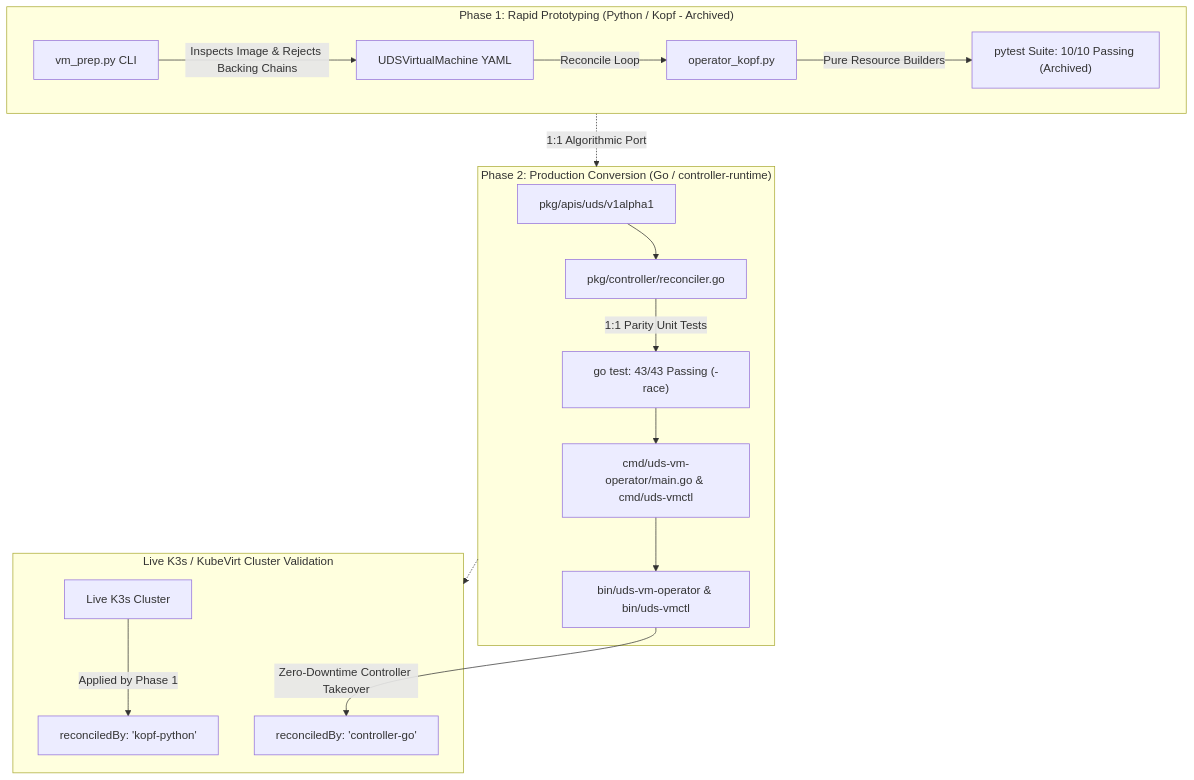
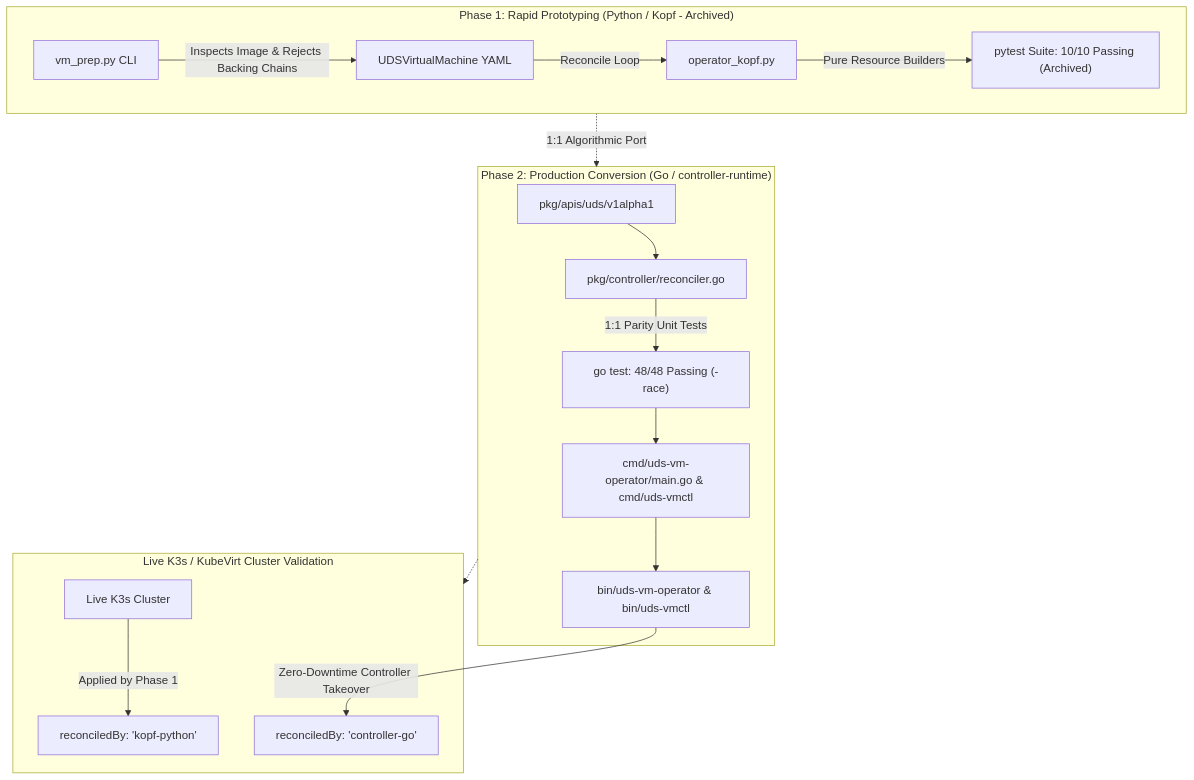
The diagram in README.md (celttechie/uds-vm-operator), drawn with Mermaid before and after one commit. The commit also changed other lines of this file and 3 other files, not shown here.

First line of the commit message:
test: expand unit test coverage for v0.5.0 pool reconciler and API types

````diff
--- a/README.md
+++ b/README.md
@@ -33,23 +33,23 @@
 ```mermaid
 flowchart TD
     subgraph Stage1["Phase 1: Rapid Prototyping (Python / Kopf - Archived)"]
         A[vm_prep.py CLI] -->|Inspects Image & Rejects Backing Chains| B[UDSVirtualMachine YAML]
         B -->|Reconcile Loop| C[operator_kopf.py]
         C -->|Pure Resource Builders| D["pytest Suite: 10/10 Passing (Archived)"]
     end
 
     subgraph Stage2["Phase 2: Production Conversion (Go / controller-runtime)"]
         E[pkg/apis/uds/v1alpha1] --> F[pkg/controller/reconciler.go]
-        F -->|1:1 Parity Unit Tests| G["go test: 43/43 Passing (-race)"]
+        F -->|1:1 Parity Unit Tests| G["go test: 48/48 Passing (-race)"]
         G --> H[cmd/uds-vm-operator/main.go & cmd/uds-vmctl]
         H --> I[bin/uds-vm-operator & bin/uds-vmctl]
     end
 
     subgraph LiveCluster["Live K3s / KubeVirt Cluster Validation"]
         J[Live K3s Cluster] -->|Applied by Phase 1| K[reconciledBy: 'kopf-python']
         I -->|Zero-Downtime Controller Takeover| L[reconciledBy: 'controller-go']
     end
 
     Stage1 -.->|1:1 Algorithmic Port| Stage2
     Stage2 -.-> LiveCluster
 ```
````
